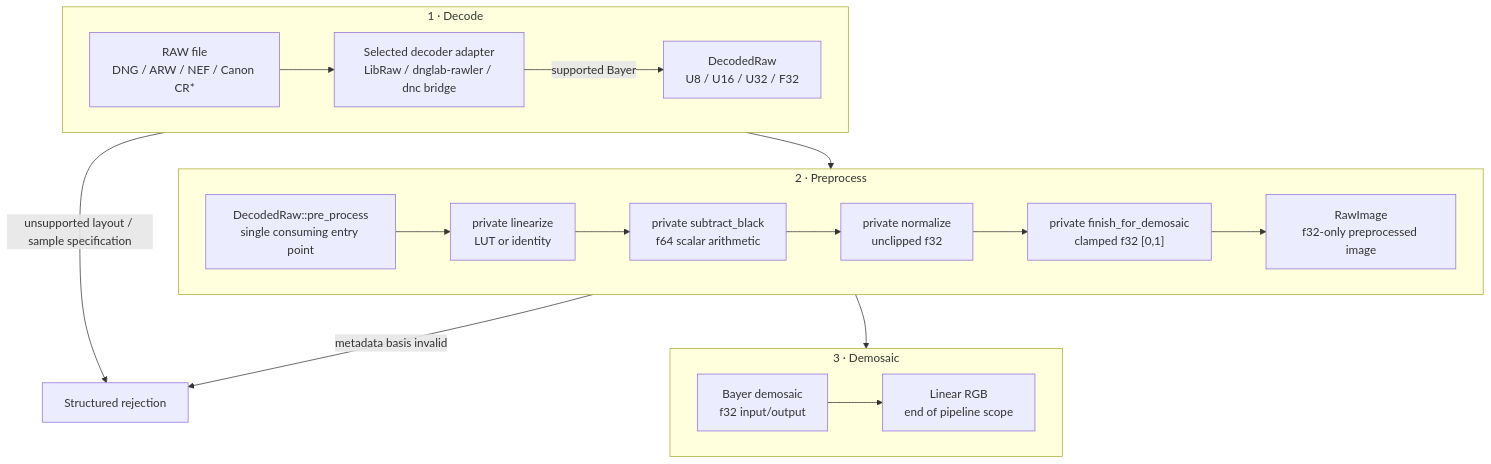
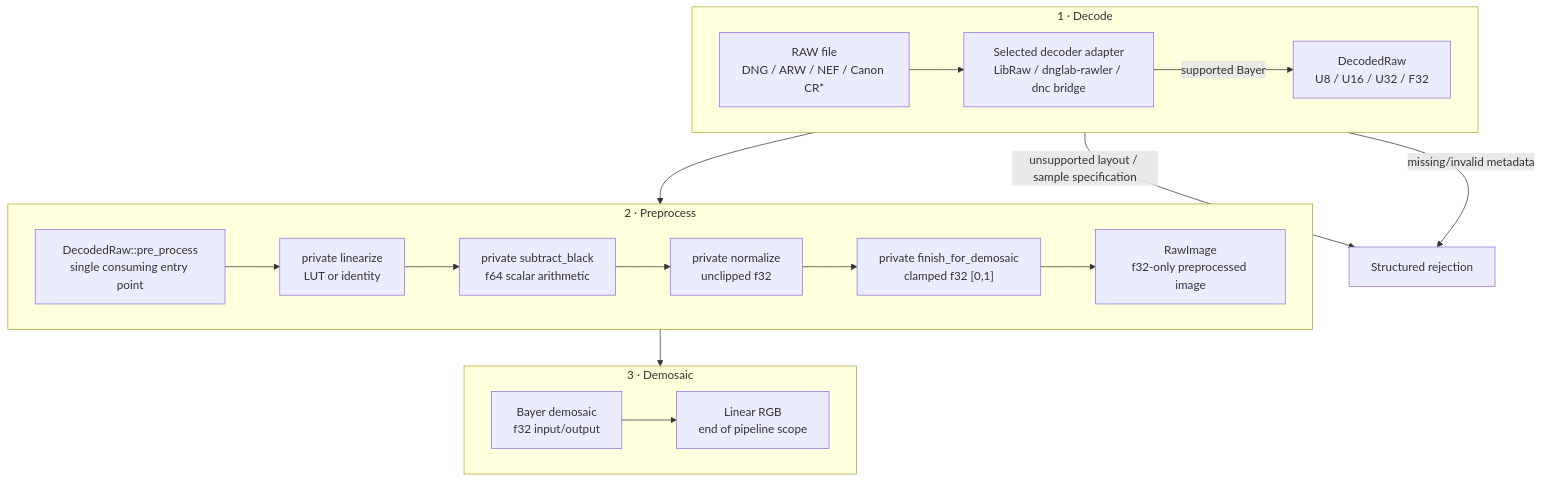
Before and after one commit to Glatzel/fornax: the diagram in docs/raw-pipeline/raw-image-process.md, drawn with Mermaid. The commit also changed other lines of this file and 12 other files, not shown here.

````diff
--- a/docs/raw-pipeline/raw-image-process.md
+++ b/docs/raw-pipeline/raw-image-process.md
@@ -10,37 +10,37 @@
 ```mermaid
 flowchart TB
     subgraph DecodePhase["1 · Decode"]
         direction LR
         File["RAW file\nDNG / ARW / NEF / Canon CR*"]
         Adapter["Selected decoder adapter\nLibRaw / dnglab-rawler / dnc bridge"]
         Decoded["DecodedRaw\nU8 / U16 / U32 / F32"]
         File --> Adapter
         Adapter -->|supported Bayer| Decoded
     end
 
     subgraph PreprocessPhase["2 · Preprocess"]
         direction LR
         Preprocess["DecodedRaw::pre_process\nsingle consuming entry point"]
         Linear["private linearize\nLUT or identity"]
         Subtract["private subtract_black\nf64 scalar arithmetic"]
         Normalize["private normalize\nunclipped f32"]
         Finish["private finish_for_demosaic\nclamped f32 [0,1]"]
         Ready["RawImage\nf32-only preprocessed image"]
 
         Decoded --> Preprocess
         Preprocess --> Linear --> Subtract --> Normalize --> Finish --> Ready
     end
 
     subgraph DemosaicPhase["3 · Demosaic"]
         direction LR
         Demosaic["Bayer demosaic\nf32 input/output"]
         Done["Linear RGB\nend of pipeline scope"]
         Demosaic --> Done
     end
 
     Reject["Structured rejection"]
 
     Adapter -->|unsupported layout / sample specification| Reject
-    Preprocess -->|metadata basis invalid| Reject
+    Decoded -->|missing/invalid metadata| Reject
     Ready --> Demosaic
 ```
````
